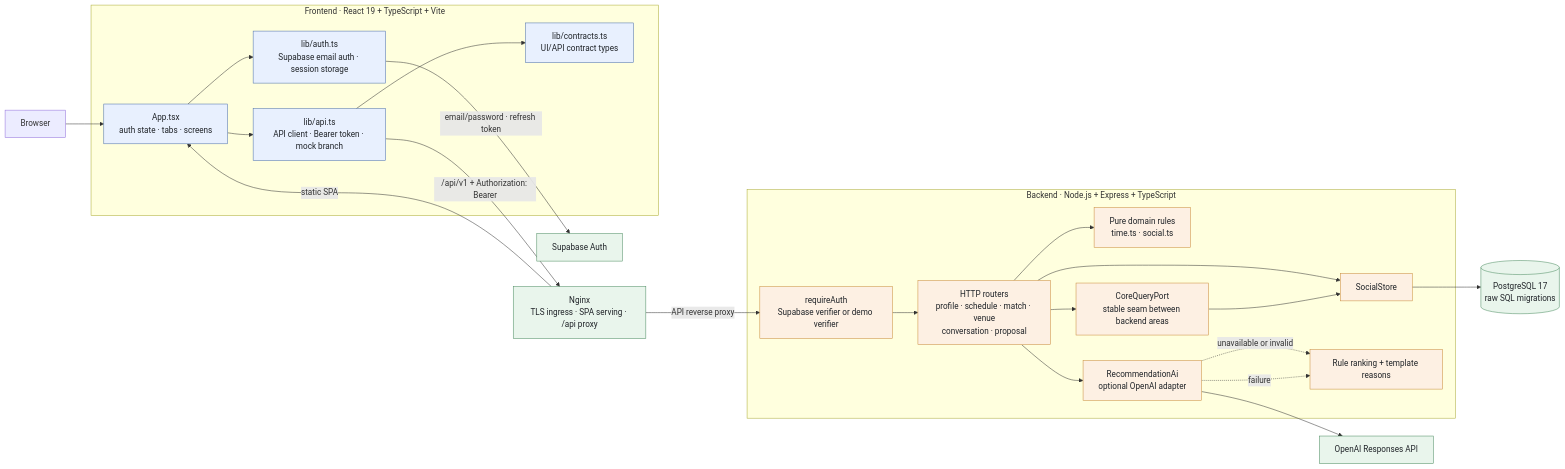
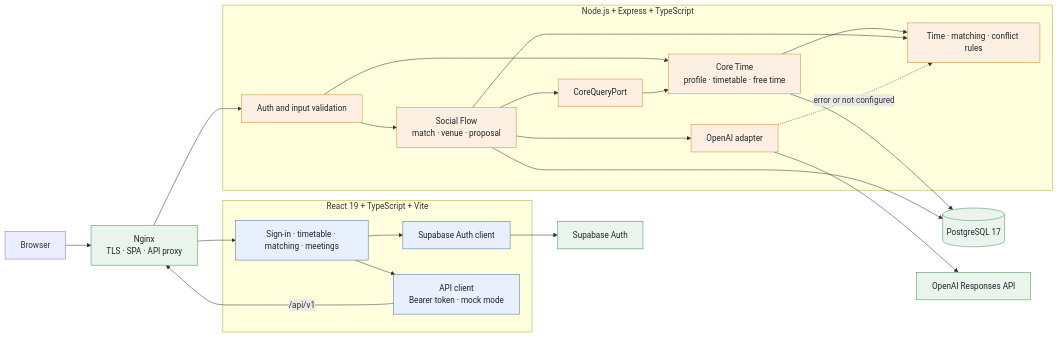
One commit to han942/ai-ds-projects changed the diagram in hackathon/README.md. Above: the diagram before and after it, drawn with Mermaid. The commit also changed other lines of this file and 1 other file, not shown here.

````diff
--- a/hackathon/README.md
+++ b/hackathon/README.md
@@ -36,53 +28,47 @@
 ```mermaid
 flowchart LR
-    Browser[Browser]
+    Browser[Browser] --> Edge[Nginx<br/>TLS · SPA · API proxy]
 
-    subgraph Frontend[Frontend · React 19 + TypeScript + Vite]
-        App[App.tsx<br/>auth state · tabs · screens]
-        AuthClient[lib/auth.ts<br/>Supabase email auth · session storage]
-        ApiClient[lib/api.ts<br/>API client · Bearer token · mock branch]
-        Contracts[lib/contracts.ts<br/>UI/API contract types]
+    subgraph Frontend[React 19 + TypeScript + Vite]
+        App[Sign-in · timetable · matching · meetings]
+        AuthClient[Supabase Auth client]
+        ApiClient[API client<br/>Bearer token · mock mode]
         App --> AuthClient
         App --> ApiClient
-        ApiClient --> Contracts
     end
 
-    Edge[Nginx<br/>TLS ingress · SPA serving · /api proxy]
-    Supabase[Supabase Auth]
-
-    subgraph Backend[Backend · Node.js + Express + TypeScript]
-        Auth[requireAuth<br/>Supabase verifier or demo verifier]
-        Routers[HTTP routers<br/>profile · schedule · match · venue<br/>conversation · proposal]
-        Domain[Pure domain rules<br/>time.ts · social.ts]
-        Port[CoreQueryPort<br/>stable seam between backend areas]
-        Store[SocialStore]
-        AI[RecommendationAi<br/>optional OpenAI adapter]
-        Fallback[Rule ranking + template reasons]
-        Auth --> Routers
-        Routers --> Domain
-        Routers --> Port
-        Routers --> Store
-        Routers --> AI
-        AI -. unavailable or invalid .-> Fallback
+    subgraph Backend[Node.js + Express + TypeScript]
+        Auth[Auth and input validation]
+        Core[Core Time<br/>profile · timetable · free time]
+        Social[Social Flow<br/>match · venue · proposal]
+        Port[CoreQueryPort]
+        Rules[Time · matching · conflict rules]
+        AI[OpenAI adapter]
+        Auth --> Core
+        Auth --> Social
+        Social --> Port --> Core
+        Core --> Rules
+        Social --> Rules
+        Social --> AI
     end
 
-    DB[(PostgreSQL 17<br/>raw SQL migrations)]
+    Supabase[Supabase Auth]
+    DB[(PostgreSQL 17)]
     OpenAI[OpenAI Responses API]
 
-    Browser --> App
-    AuthClient -->|email/password · refresh token| Supabase
-    ApiClient -->|/api/v1 + Authorization: Bearer| Edge
-    Edge -->|static SPA| App
-    Edge -->|API reverse proxy| Auth
-    Port --> Store
-    Store --> DB
+    Edge --> App
+    Edge --> Auth
+    ApiClient -->|/api/v1| Edge
+    AuthClient --> Supabase
+    Core --> DB
+    Social --> DB
     AI --> OpenAI
-    AI -. failure .-> Fallback
+    AI -. error or not configured .-> Rules
 
     classDef frontend fill:#e8f0fe,stroke:#4a6da7,color:#1f2328
     classDef backend fill:#fdf0e3,stroke:#c98b3a,color:#1f2328
     classDef external fill:#e9f5ec,stroke:#4a8a5f,color:#1f2328
-    class App,AuthClient,ApiClient,Contracts frontend
-    class Auth,Routers,Domain,Port,Store,AI,Fallback backend
-    class Supabase,DB,OpenAI,Edge external
+    class App,AuthClient,ApiClient frontend
+    class Auth,Core,Social,Port,Rules,AI backend
+    class Edge,Supabase,DB,OpenAI external
 ```
````
